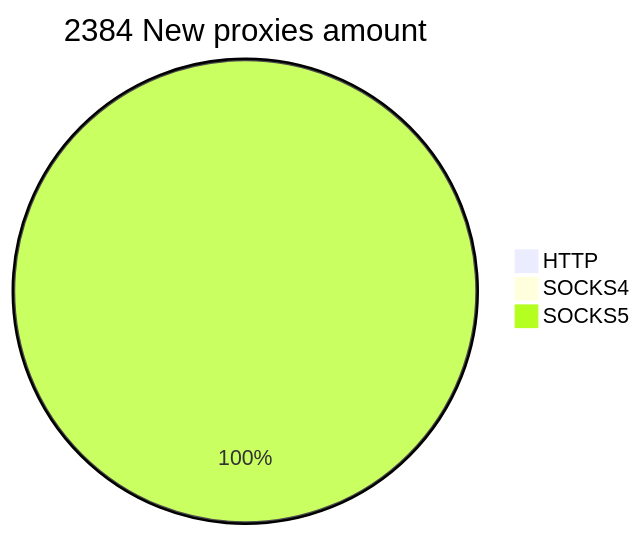
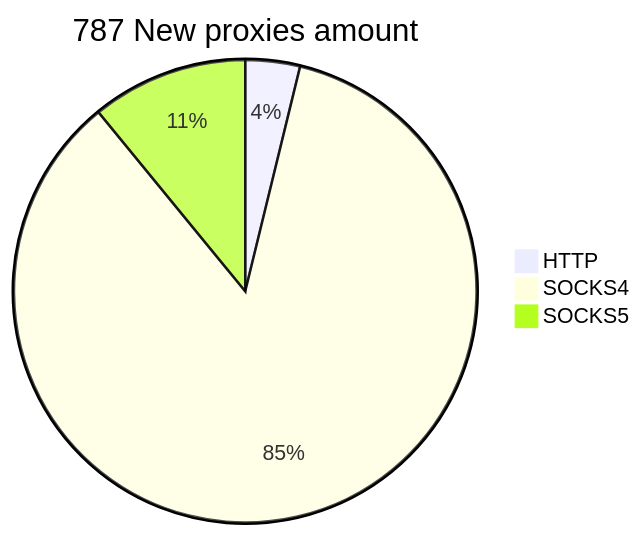
Before and after one commit to cutipu/proxylist: the second of 2 diagrams in README.md, drawn with Mermaid. The commit also changed other lines of this file, not shown here.

````diff
--- a/README.md
+++ b/README.md
@@ -10,6 +10,6 @@
 ```mermaid
-pie title 2384 New proxies amount
-    "HTTP" : 0
-    "SOCKS4" : 0
-    "SOCKS5" : 2385
+pie title 787 New proxies amount
+    "HTTP" : 30
+    "SOCKS4" : 671
+    "SOCKS5" : 86
 ```
````
